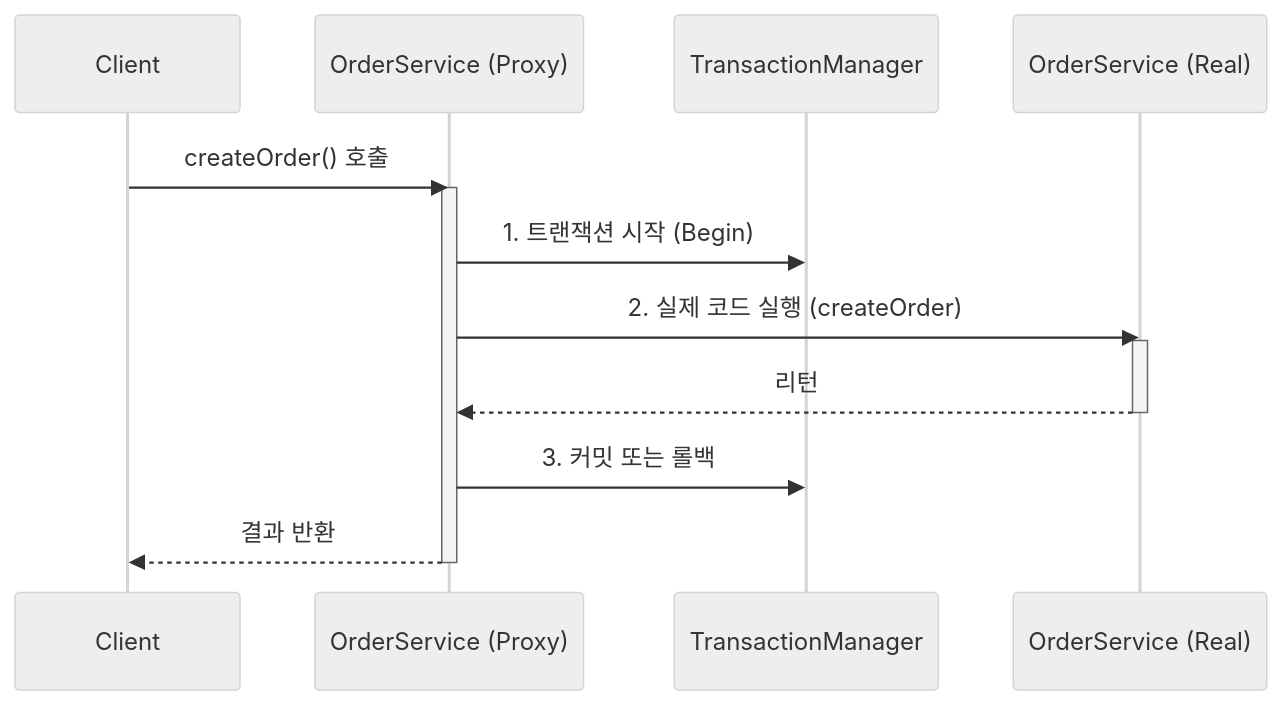
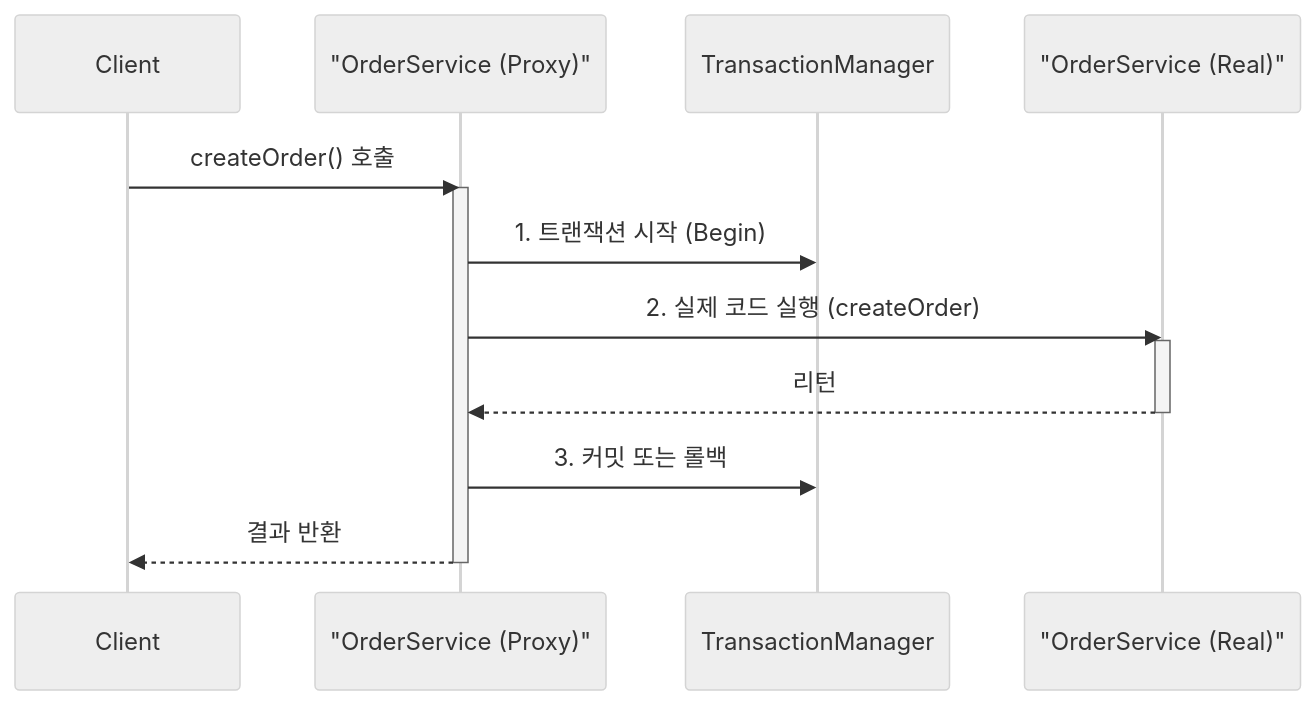
Before and after one commit to jyukki97/study-blog: the first of 3 diagrams in content/learning/deep-dive/deep-dive-spring-transaction.md, drawn with Mermaid (neutral theme). The commit also changed 23 other files, not shown here.

Commit message:
feat: improve mobile UX with collapsible TOC and fix mermaid syntax errors

````diff
--- a/content/learning/deep-dive/deep-dive-spring-transaction.md
+++ b/content/learning/deep-dive/deep-dive-spring-transaction.md
@@ -22,21 +22,21 @@
 ```mermaid
 sequenceDiagram
     participant Client
-    participant Proxy as OrderService (Proxy)
+    participant Proxy as "OrderService (Proxy)"
     participant TxManager as TransactionManager
-    participant Target as OrderService (Real)
+    participant Target as "OrderService (Real)"
     
     Client->>Proxy: createOrder() 호출
     
     activate Proxy
     Proxy->>TxManager: 1. 트랜잭션 시작 (Begin)
     
     Proxy->>Target: 2. 실제 코드 실행 (createOrder)
     activate Target
     Target-->>Proxy: 리턴
     deactivate Target
     
     Proxy->>TxManager: 3. 커밋 또는 롤백
     Proxy-->>Client: 결과 반환
     deactivate Proxy
 ```
````
